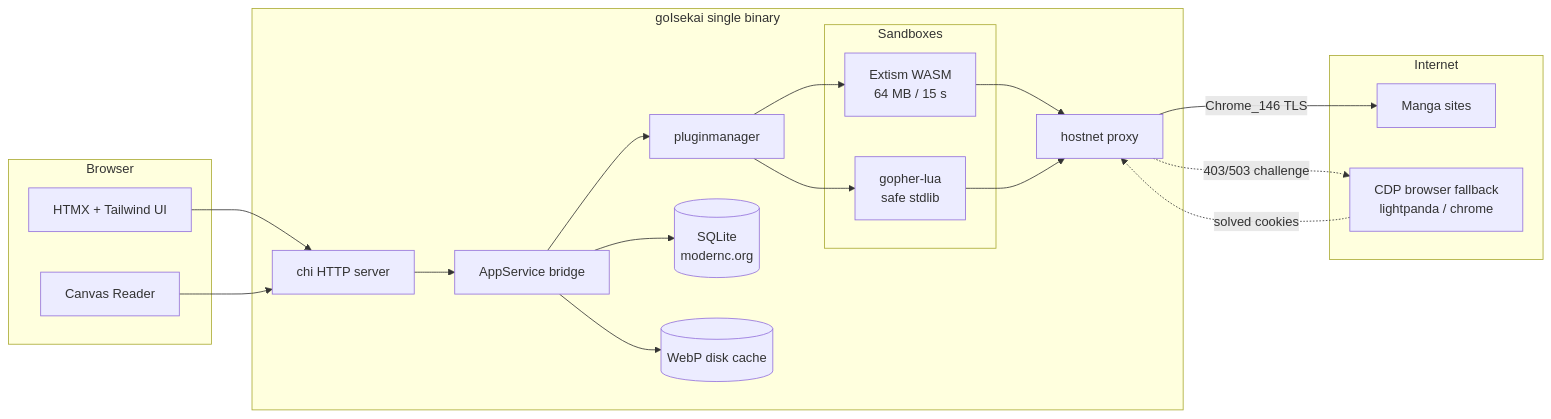
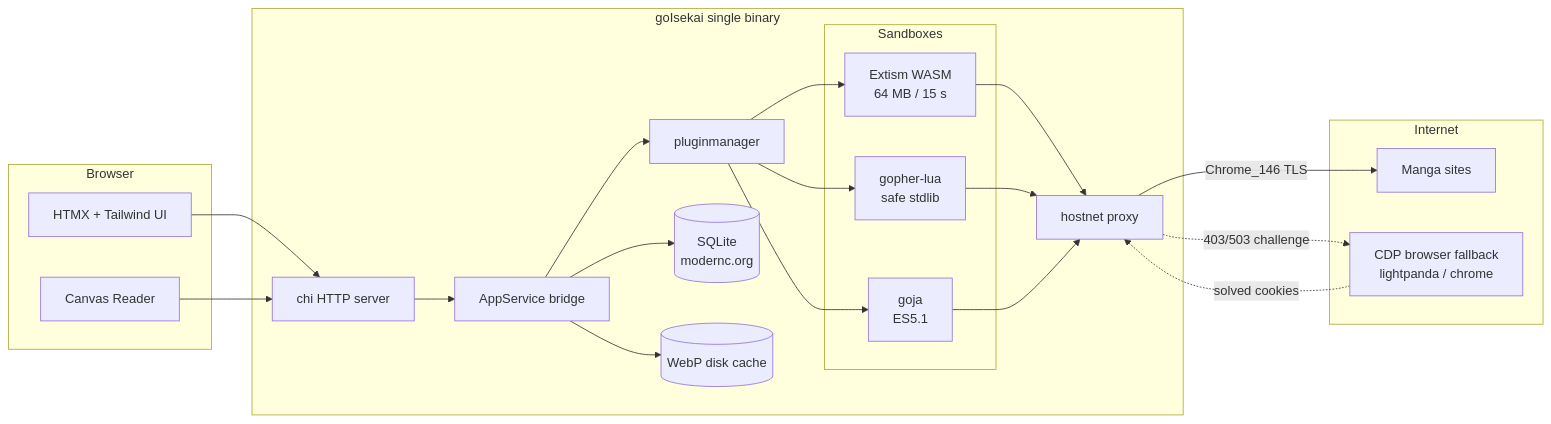
The first of 2 diagrams in README.md (kenzanin/goIsekai), drawn with Mermaid before and after one commit. The commit also changed other lines of this file, not shown here.

Commit message:
docs: update README to three runtimes (WASM, Lua, JS/goja)

````diff
--- a/README.md
+++ b/README.md
@@ -11,39 +11,42 @@
 ```mermaid
 flowchart LR
     subgraph Browser
         UI[HTMX + Tailwind UI]
         Reader[Canvas Reader]
     end
 
     subgraph goIsekai[goIsekai single binary]
         HTTP[chi HTTP server]
         Bridge[AppService bridge]
         PM[pluginmanager]
         subgraph Sandboxes
             WASM[Extism WASM<br/>64 MB / 15 s]
             Lua[gopher-lua<br/>safe stdlib]
+            JS[goja<br/>ES5.1]
         end
         HostNet[hostnet proxy]
         DB[(SQLite<br/>modernc.org)]
         Cache[(WebP disk cache)]
     end
 
     subgraph Internet
         Sites[Manga sites]
         CDP[CDP browser fallback<br/>lightpanda / chrome]
     end
 
     UI --> HTTP
     Reader --> HTTP
     HTTP --> Bridge
     Bridge --> PM
     PM --> WASM
     PM --> Lua
+    PM --> JS
     WASM --> HostNet
     Lua --> HostNet
+    JS --> HostNet
     HostNet -->|Chrome_146 TLS| Sites
     HostNet -.->|403/503 challenge| CDP
     CDP -.->|solved cookies| HostNet
     Bridge --> DB
     Bridge --> Cache
 ```
````
